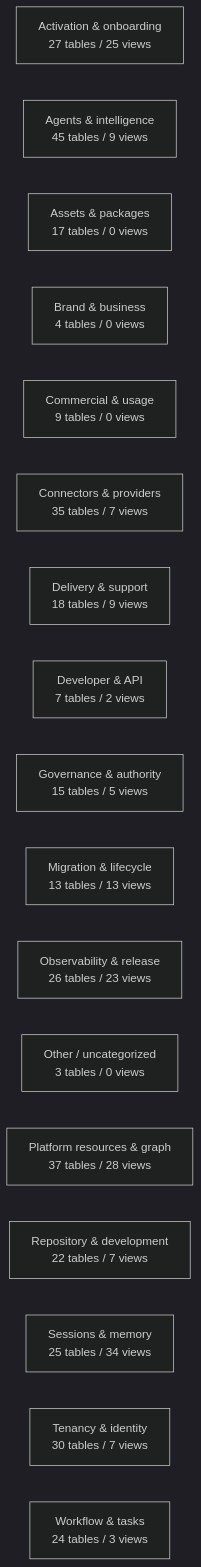
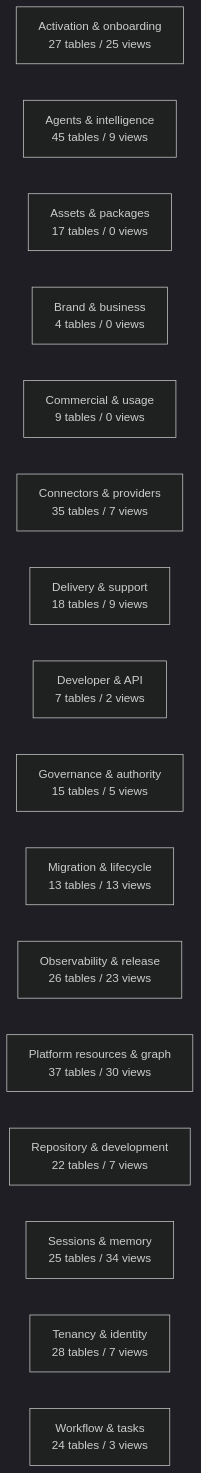
The diagram in docs/work-maps/data-model-domain-map.md (mad4bdigital-ai/multi-business-multi-role-growth-intelligence-os), drawn with Mermaid (dark theme) before and after one commit. The commit also changed other lines of this file, not shown here.

````diff
--- a/docs/work-maps/data-model-domain-map.md
+++ b/docs/work-maps/data-model-domain-map.md
@@ -9,20 +9,19 @@
 ```mermaid
 flowchart LR
   n_Activation___onboarding["Activation & onboarding<br/>27 tables / 25 views"]
   n_Agents___intelligence["Agents & intelligence<br/>45 tables / 9 views"]
   n_Assets___packages["Assets & packages<br/>17 tables / 0 views"]
   n_Brand___business["Brand & business<br/>4 tables / 0 views"]
   n_Commercial___usage["Commercial & usage<br/>9 tables / 0 views"]
   n_Connectors___providers["Connectors & providers<br/>35 tables / 7 views"]
   n_Delivery___support["Delivery & support<br/>18 tables / 9 views"]
   n_Developer___API["Developer & API<br/>7 tables / 2 views"]
   n_Governance___authority["Governance & authority<br/>15 tables / 5 views"]
   n_Migration___lifecycle["Migration & lifecycle<br/>13 tables / 13 views"]
   n_Observability___release["Observability & release<br/>26 tables / 23 views"]
-  n_Other___uncategorized["Other / uncategorized<br/>3 tables / 0 views"]
-  n_Platform_resources___graph["Platform resources & graph<br/>37 tables / 28 views"]
+  n_Platform_resources___graph["Platform resources & graph<br/>37 tables / 30 views"]
   n_Repository___development["Repository & development<br/>22 tables / 7 views"]
   n_Sessions___memory["Sessions & memory<br/>25 tables / 34 views"]
-  n_Tenancy___identity["Tenancy & identity<br/>30 tables / 7 views"]
+  n_Tenancy___identity["Tenancy & identity<br/>28 tables / 7 views"]
   n_Workflow___tasks["Workflow & tasks<br/>24 tables / 3 views"]
 ```
````
